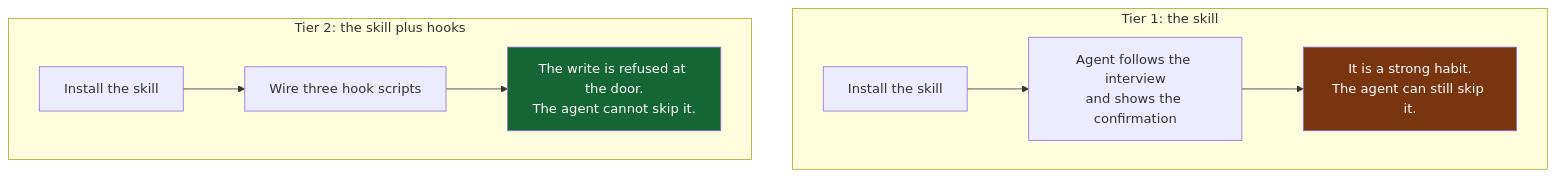
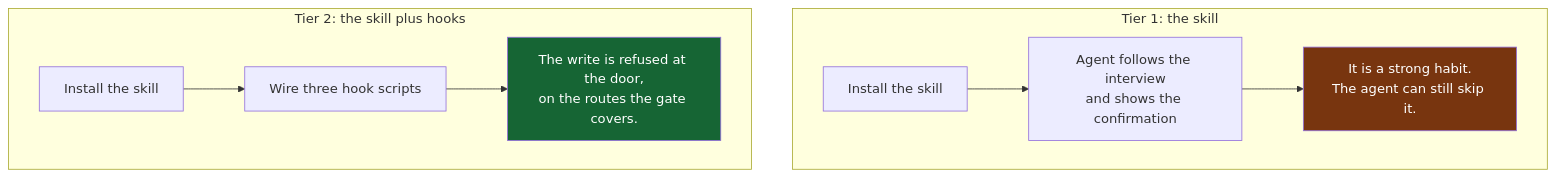
One commit to Shivak11/outer-engineering-loop changed the second of 3 diagrams in README.md. Above: the diagram before and after it, drawn with Mermaid. The commit also changed other lines of this file and 2 other files, not shown here.

First line of the commit message:
docs: publish the gate's coverage instead of claiming it has none missing

````diff
--- a/README.md
+++ b/README.md
@@ -154,13 +171,13 @@
 ```mermaid
 flowchart TD
     subgraph T1["Tier 1: the skill"]
         A1["Install the skill"] --> B1["Agent follows the interview<br/>and shows the confirmation"]
         B1 --> C1["It is a strong habit.<br/>The agent can still skip it."]
     end
     subgraph T2["Tier 2: the skill plus hooks"]
         A2["Install the skill"] --> B2["Wire three hook scripts"]
-        B2 --> C2["The write is refused at the door.<br/>The agent cannot skip it."]
+        B2 --> C2["The write is refused at the door,<br/>on the routes the gate covers."]
     end
     style C1 fill:#78350f,color:#fff
     style C2 fill:#166534,color:#fff
 ```
````
